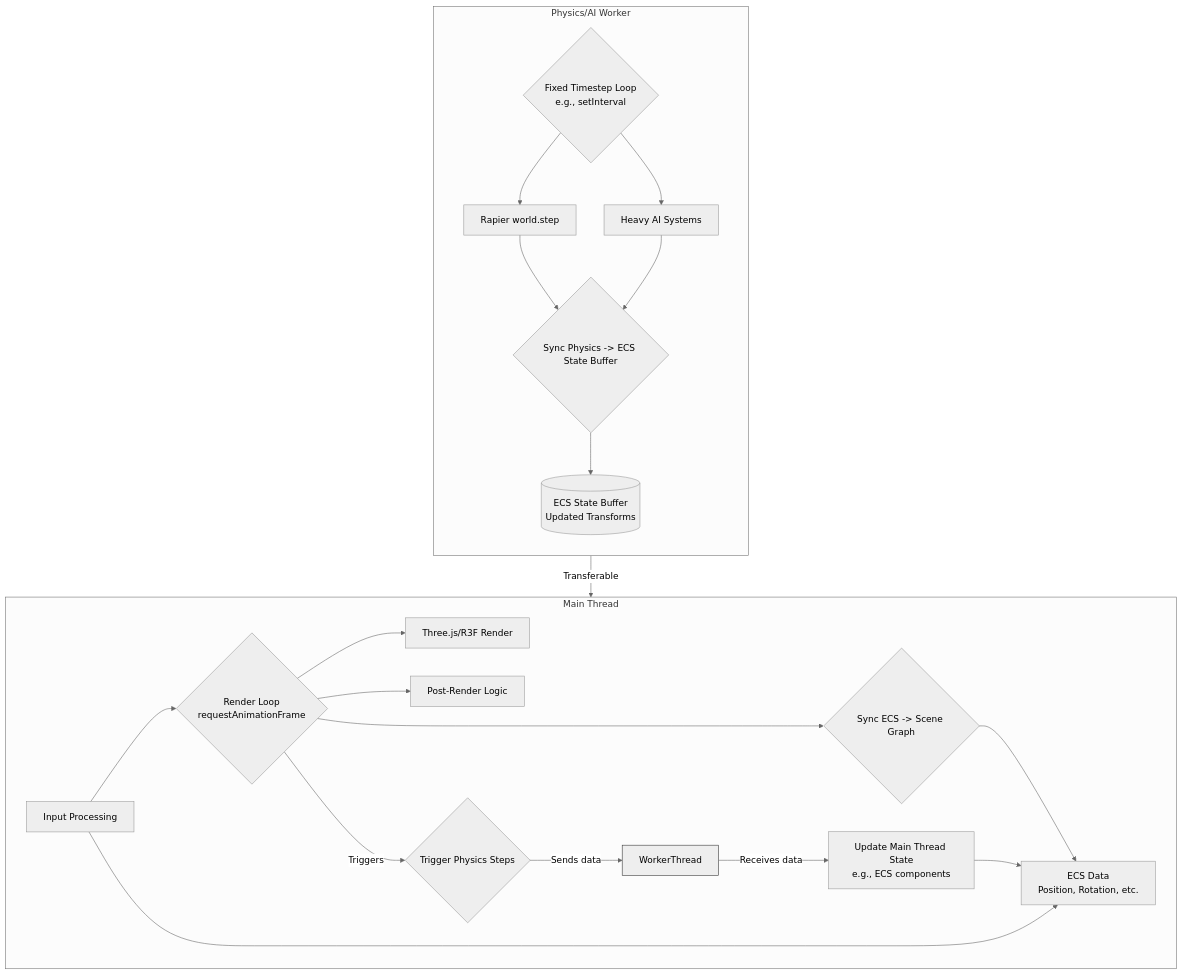
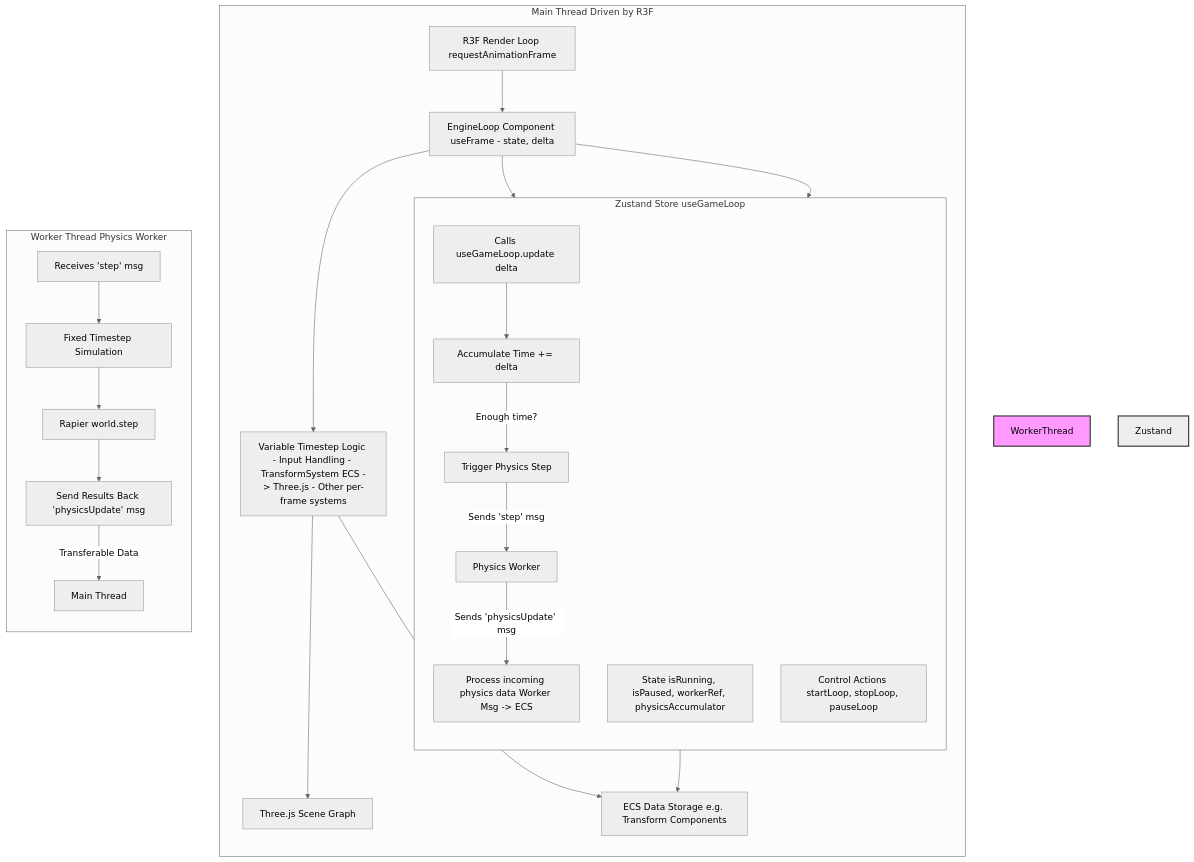
Before and after one commit to jonit-dev/vibe-coder-3d: the diagram in docs/architecture/game-loop.md, drawn with Mermaid (neutral theme). The commit also changed other lines of this file and 27 other files, not shown here.

````diff
--- a/docs/architecture/game-loop.md
+++ b/docs/architecture/game-loop.md
@@ -28,33 +30,52 @@
 ```mermaid
 graph TD
-    subgraph Main Thread
-        direction LR
-        Input[Input Processing] --> RLoop{Render Loop<br/>requestAnimationFrame}
-        RLoop --> Render[Three.js/R3F Render]
-        RLoop --> SyncECS{Sync ECS -> Scene Graph}
-        RLoop --> PostRender[Post-Render Logic]
+    subgraph Main Thread Driven by R3F
+        direction TB
+        R3FInternalLoop[R3F Render Loop requestAnimationFrame]
+        EngineLoopComponent[EngineLoop Component useFrame - state, delta]
+        VariableStepLogic[Variable Timestep Logic - Input Handling - TransformSystem ECS -> Three.js - Other per-frame systems]
+        UpdateAccumulator[Calls useGameLoop.update delta]
+        ProcessPhysicsUpdates[Process incoming physics data Worker Msg -> ECS]
+        ThreeScene[Three.js Scene Graph]
+        ECSData[ECS Data Storage e.g. Transform Components]
 
-        RLoop -- Triggers --> PhysicsTrigger{Trigger Physics Steps}
-        PhysicsTrigger -- Sends data --> WorkerThread
-        WorkerThread -- Receives data --> MainThreadDataSync[Update Main Thread State<br/>e.g., ECS components]
+        R3FInternalLoop --> EngineLoopComponent
+        EngineLoopComponent --> VariableStepLogic
+        EngineLoopComponent --> UpdateAccumulator
+        EngineLoopComponent --> ProcessPhysicsUpdates
+        VariableStepLogic --> ThreeScene
+        VariableStepLogic --> ECSData
+        ProcessPhysicsUpdates --> ECSData
 
-        SyncECS --> ECSData[ECS Data<br/>Position, Rotation, etc.]
-        MainThreadDataSync --> ECSData
-        Input --> ECSData
+        subgraph Zustand Store useGameLoop
+            direction TB
+            LoopState[State isRunning, isPaused, workerRef, physicsAccumulator]
+            AccumulateTime[Accumulate Time += delta]
+            TriggerPhysicsStep[Trigger Physics Step]
+            PhysicsWorker[Physics Worker]
+            Controls[Control Actions startLoop, stopLoop, pauseLoop]
 
+            UpdateAccumulator --> AccumulateTime
+            AccumulateTime -- Enough time? --> TriggerPhysicsStep
+            TriggerPhysicsStep -- Sends 'step' msg --> PhysicsWorker
+            PhysicsWorker -- Sends 'physicsUpdate' msg --> ProcessPhysicsUpdates
+        end
     end
 
-    subgraph Worker Thread [Physics/AI Worker]
+    subgraph Worker Thread Physics Worker
         direction TB
-        WorkerLoop{Fixed Timestep Loop<br/>e.g., setInterval} --> PhysicsStep[Rapier world.step]
-        PhysicsStep --> SyncWorkerECS{Sync Physics -> ECS State Buffer}
-        SyncWorkerECS --> WorkerData[(ECS State Buffer<br/>Updated Transforms)]
-        WorkerLoop --> AISystems[Heavy AI Systems]
-        AISystems --> SyncWorkerECS
+        ReceiveStep[Receives 'step' msg]
+        FixedLoop[Fixed Timestep Simulation]
+        PhysicsStep[Rapier world.step]
+        SendResults[Send Results Back 'physicsUpdate' msg]
+        MainThread[Main Thread]
 
-        WorkerData -- Transferable --> PhysicsTrigger
-
+        ReceiveStep --> FixedLoop
+        FixedLoop --> PhysicsStep
+        PhysicsStep --> SendResults
+        SendResults -- Transferable Data --> MainThread
     end
 
-    style WorkerThread fill:#eee,stroke:#333
+    style WorkerThread fill:#f9f,stroke:#333,stroke-width:2px
+    style Zustand Store fill:#e6f,stroke:#333,stroke-width:2px
 ```
````
